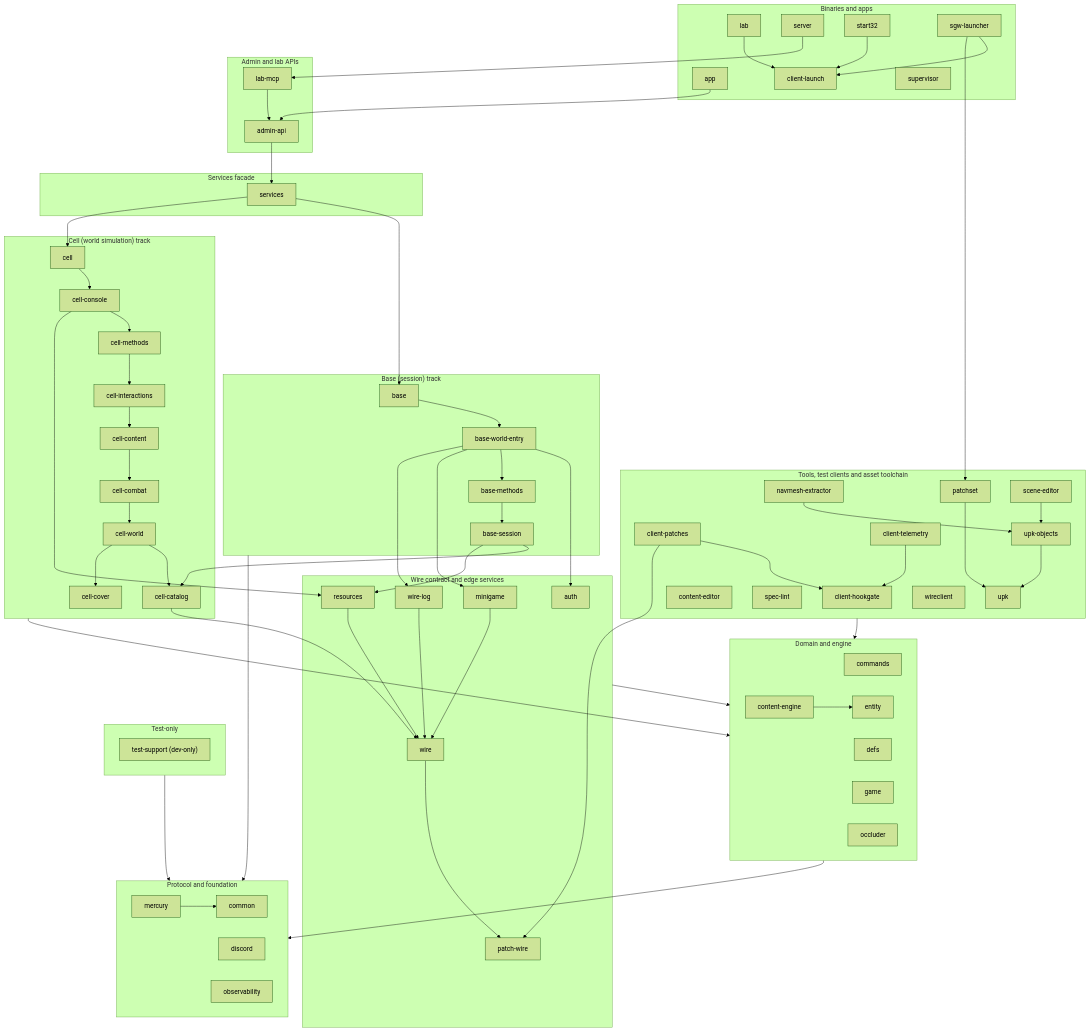
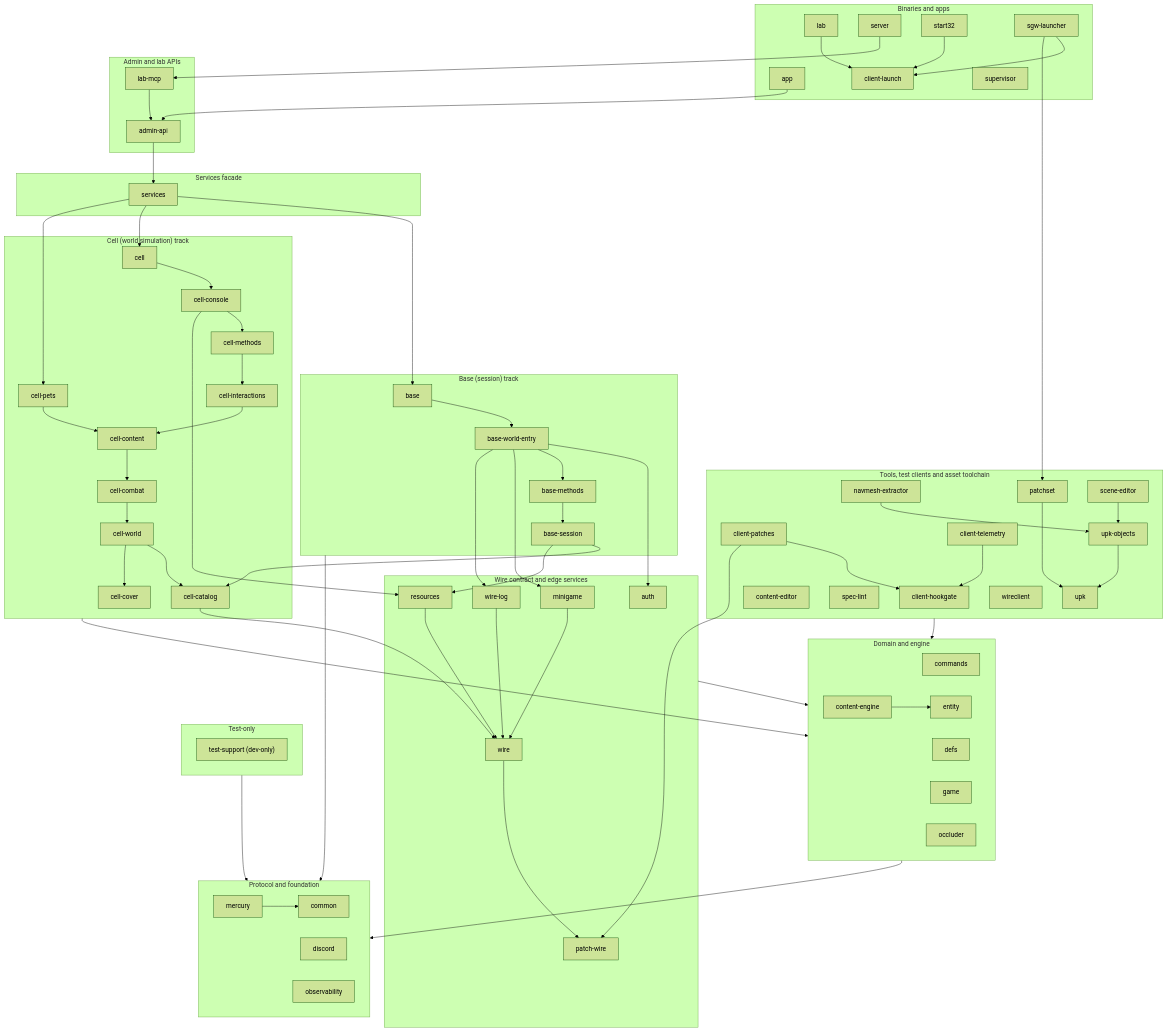
Before and after one commit to SandboxServers/Cimmeria: the diagram in README.md, drawn with Mermaid (forest theme). The commit also changed other lines of this file and 4 other files, not shown here.

```diff
--- a/README.md
+++ b/README.md
@@ -123,6 +123,7 @@
         cellCover["cell-cover"]
         cellInteractions["cell-interactions"]
         cellMethods["cell-methods"]
+        cellPets["cell-pets"]
         cellWorld["cell-world"]
     end
     subgraph grp_base["Base (session) track"]
@@ -187,6 +188,7 @@
     cellContent --> cellCombat
     cellInteractions --> cellContent
     cellMethods --> cellInteractions
+    cellPets --> cellContent
     cellWorld --> cellCatalog
     cellWorld --> cellCover
     clientPatches --> clientHookgate
@@ -204,6 +206,7 @@
     server --> labMcp
     services --> base
     services --> cell
+    services --> cellPets
     start32 --> clientLaunch
     upkObjects --> upk
     wire --> patchWire
```
